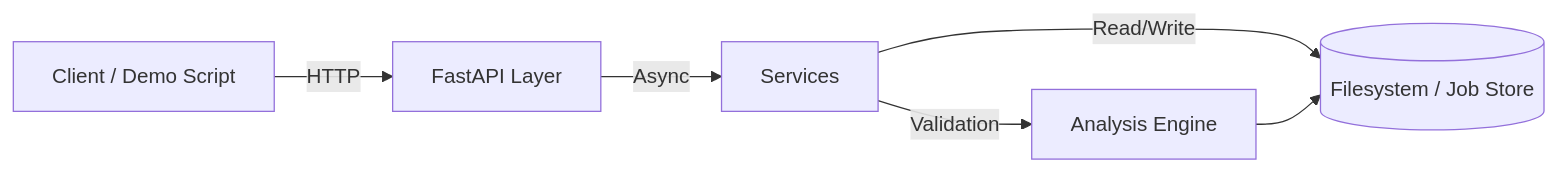
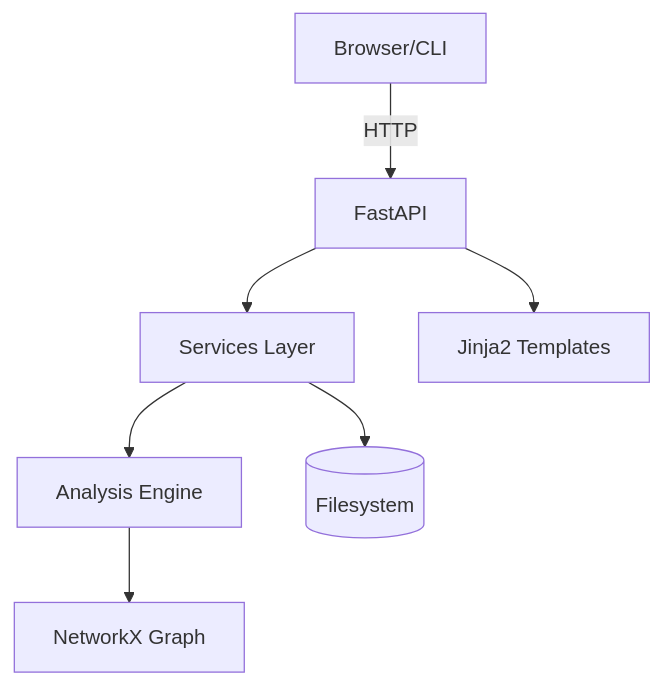
Before and after one commit to Buddah0/Prereq-College-Validation-Ai: the diagram in README.md, drawn with Mermaid. The commit also changed other lines of this file and 6 other files, not shown here.

Commit message:
feat: introduce web dashboard for catalog analysis and result visualization

````diff
--- a/README.md
+++ b/README.md
@@ -198,8 +384,9 @@
 ```mermaid
-graph LR
-    Client[Client / Demo Script] -->|HTTP| API[FastAPI Layer]
-    API -->|Async| Services[Services]
-    Services -->|Validation| Engine[Analysis Engine]
-    Services -->|Read/Write| FS[(Filesystem / Job Store)]
-    Engine --> FS
+graph TB
+    Client[Browser/CLI] -->|HTTP| API[FastAPI]
+    API --> Services[Services Layer]
+    Services --> Engine[Analysis Engine]
+    Engine --> Graph[NetworkX Graph]
+    Services --> Storage[(Filesystem)]
+    API --> Dashboard[Jinja2 Templates]
 ```
````
